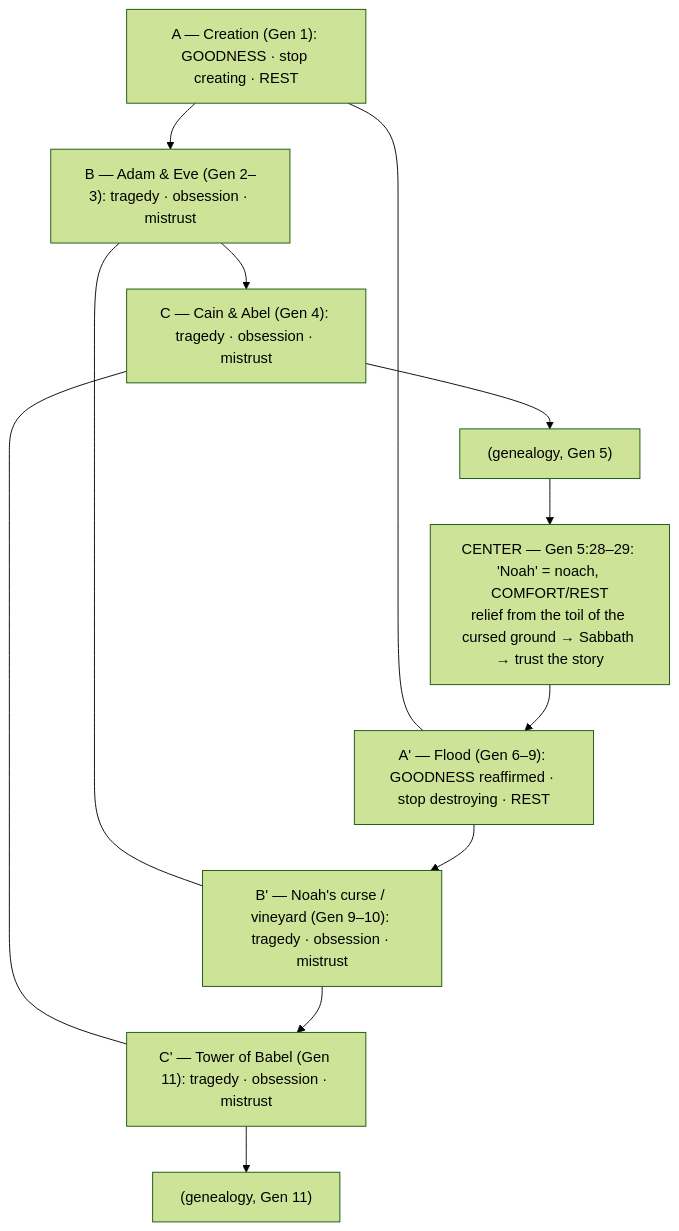
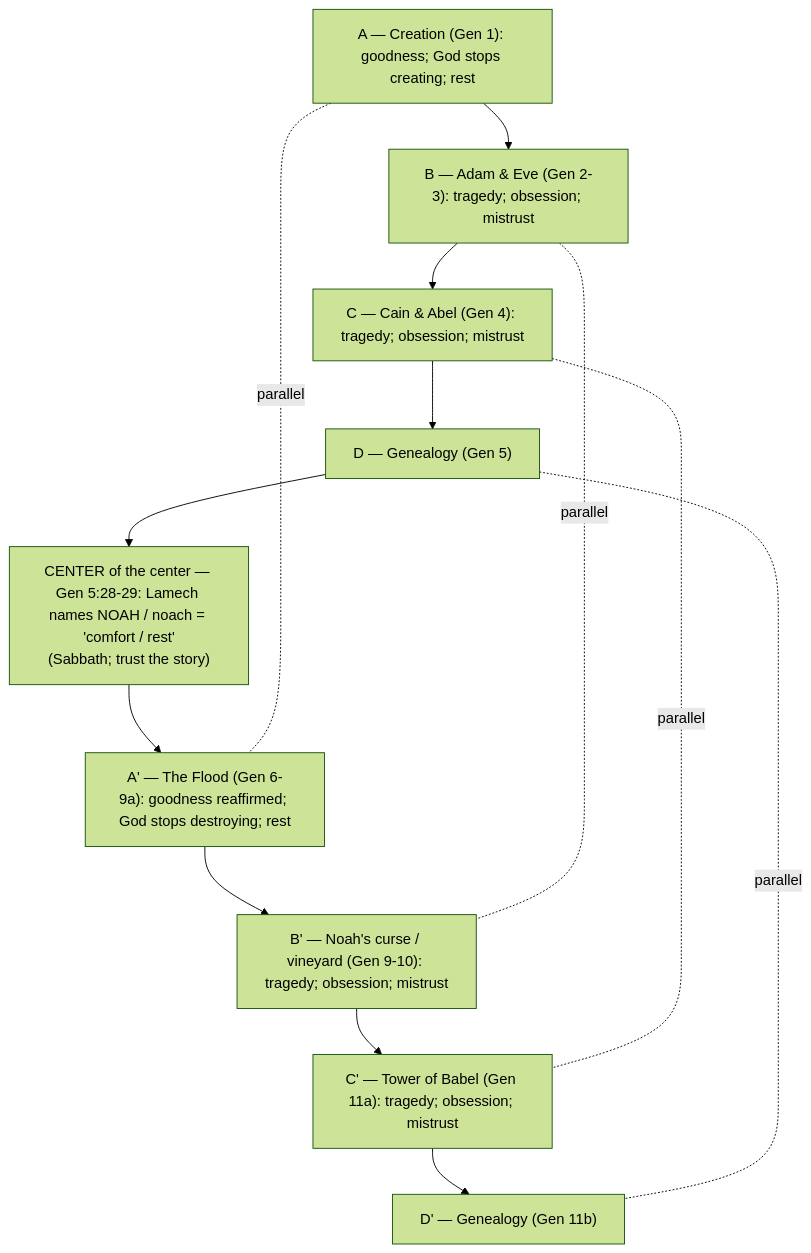
The diagram in study-guides/1-7-the-preface.md (rmaloneycvg/bema), drawn with Mermaid (forest theme) before and after one commit. The commit also changed other lines of this file and 35 other files, not shown here.

````diff
--- a/study-guides/1-7-the-preface.md
+++ b/study-guides/1-7-the-preface.md
@@ -41,17 +69,18 @@
 ```mermaid
 flowchart TB
-    A1["A — Creation (Gen 1): GOODNESS · stop creating · REST"]
-    B1["B — Adam & Eve (Gen 2–3): tragedy · obsession · mistrust"]
-    C1["C — Cain & Abel (Gen 4): tragedy · obsession · mistrust"]
-    GEN["(genealogy, Gen 5)"]
-    CENTER["CENTER — Gen 5:28–29: 'Noah' = noach, COMFORT/REST<br/>relief from the toil of the cursed ground → Sabbath → trust the story"]
-    A2["A' — Flood (Gen 6–9): GOODNESS reaffirmed · stop destroying · REST"]
-    B2["B' — Noah's curse / vineyard (Gen 9–10): tragedy · obsession · mistrust"]
-    C2["C' — Tower of Babel (Gen 11): tragedy · obsession · mistrust"]
-    GEN2["(genealogy, Gen 11)"]
+    A1["A — Creation (Gen 1): goodness; God stops creating; rest"]
+    B1["B — Adam & Eve (Gen 2-3): tragedy; obsession; mistrust"]
+    C1["C — Cain & Abel (Gen 4): tragedy; obsession; mistrust"]
+    D1["D — Genealogy (Gen 5)"]
+    CENTER["CENTER of the center — Gen 5:28-29: Lamech names NOAH / noach = 'comfort / rest'<br/>(Sabbath; trust the story)"]
+    A2["A' — The Flood (Gen 6-9a): goodness reaffirmed; God stops destroying; rest"]
+    B2["B' — Noah's curse / vineyard (Gen 9-10): tragedy; obsession; mistrust"]
+    C2["C' — Tower of Babel (Gen 11a): tragedy; obsession; mistrust"]
+    D2["D' — Genealogy (Gen 11b)"]
 
-    A1 --- A2
-    B1 --- B2
-    C1 --- C2
-    A1 --> B1 --> C1 --> GEN --> CENTER --> A2 --> B2 --> C2 --> GEN2
+    A1 --> B1 --> C1 --> D1 --> CENTER --> A2 --> B2 --> C2 --> D2
+    A1 -. parallel .- A2
+    B1 -. parallel .- B2
+    C1 -. parallel .- C2
+    D1 -. parallel .- D2
 ```
````
